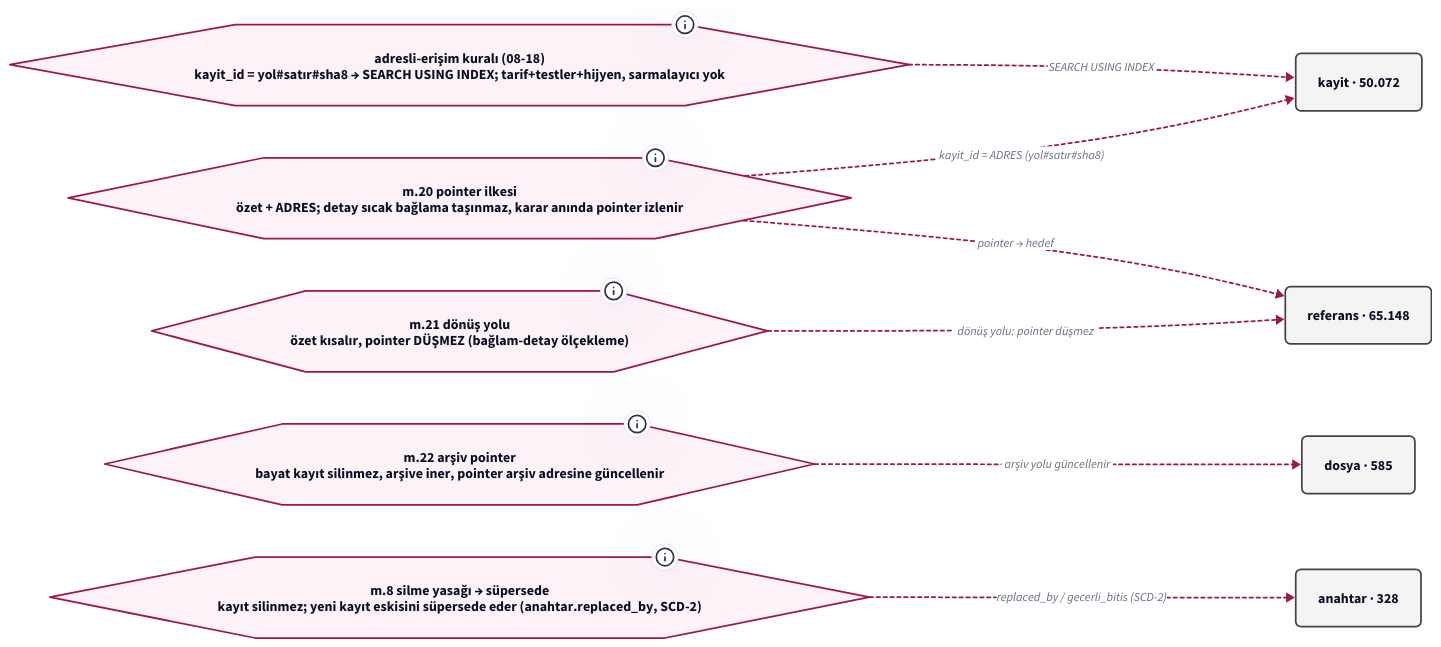
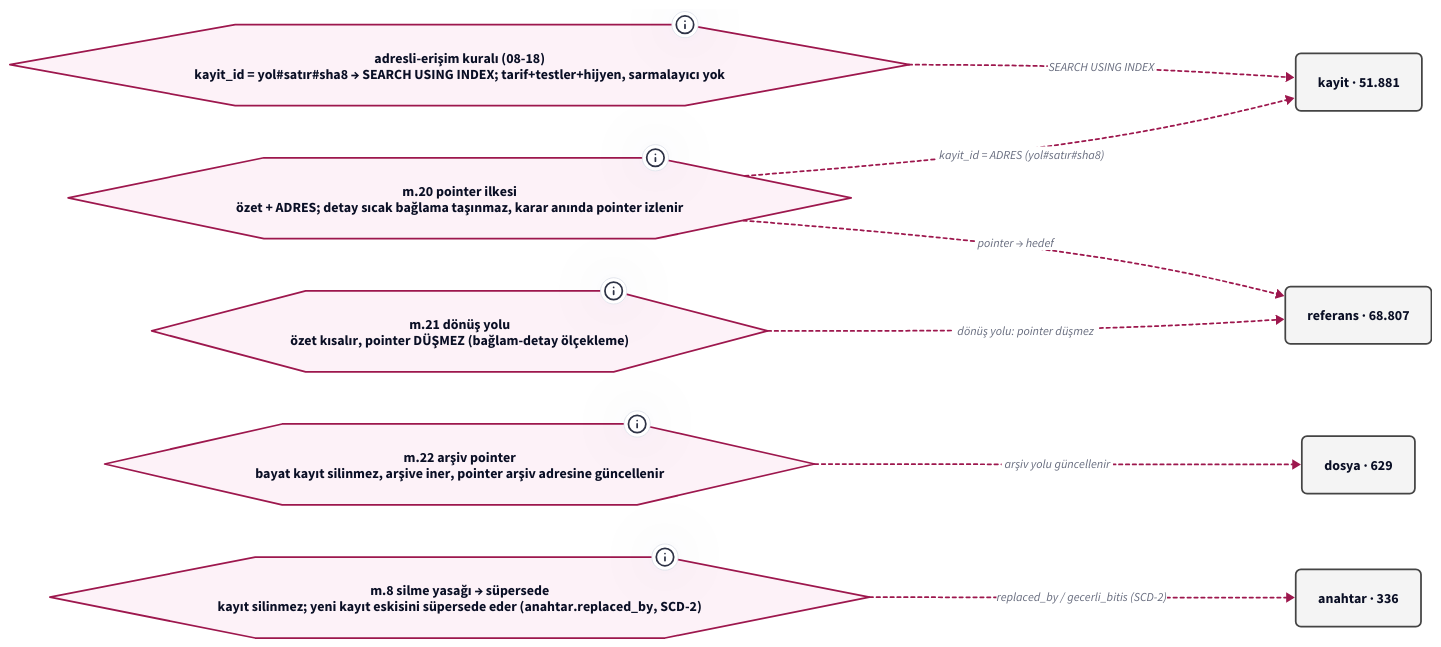
The diagram in graf/pointer-sistemi-v0-ilke.d2 (salihsahinin/sistem), drawn with D2 before and after one commit. The commit also changed 14 other files, not shown here.

```diff
--- a/graf/pointer-sistemi-v0-ilke.d2
+++ b/graf/pointer-sistemi-v0-ilke.d2
@@ -1,33 +1,33 @@
 # Jarvis POINTER SİSTEMİ — POINTER İLKESİ → MEKANİZMA (pano 3/4) (türetilmiş görünüm; ham kaynak silver/bronz)
-# üretici: tools/pointer-graf.py · silver 9e78140 · HEAD 2928f84 · d2 v0.8.1-HEAD · render: d2 --layout=elk (ELK bundled; TALA girmez; determinizm yerel sha256 ile ölçülür — Karar 65)
+# üretici: tools/pointer-graf.py · silver e309550 · HEAD e309550 · d2 v0.8.1-HEAD · render: d2 --layout=elk (ELK bundled; TALA girmez; determinizm yerel sha256 ile ölçülür — Karar 65)
 # içerik katmanı: düğüm/kenar = silver'dan script türetimi (LLM yazmaz); ilke/kronoloji = kanon SABİTİ (pointer'lı, script içinde); yorum katmanı = bu # satırları
 direction: right
 classes: {
   kutu: { style: { fill: "#F4F4F4"; stroke: "#444444"; font-size: 16; border-radius: 6 } }
   pointer: { style: { fill: "#E8F0FE"; stroke: "#1A56DB"; border-radius: 6 } }
   anahtar: { style: { fill: "#FFF4E5"; stroke: "#B45309"; border-radius: 6 } }
   hat: { style: { fill: "#ECFDF5"; stroke: "#047857"; bold: true; border-radius: 6 } }
   ilke: { shape: hexagon; style: { fill: "#FDF2F8"; stroke: "#9D174D" } }
   kron: { shape: page; style: { fill: "#FFFFFF"; stroke: "#6B7280" } }
   dis: { shape: cloud; style: { fill: "#FAFAFA"; stroke: "#9CA3AF" } }
   kirik: { style: { stroke: "#DC2626"; stroke-dash: 3; font-size: 14 } }
   supersede: { style: { stroke: "#B45309"; stroke-dash: 5 } }
   fk: { style: { stroke: "#444444"; font-size: 14 } }
   turetir: { style: { stroke: "#047857"; stroke-width: 3 } }
   uygular: { style: { stroke: "#9D174D"; stroke-dash: 2; font-size: 14 } }
 }
 adres: "adresli-erişim kuralı (08-18)\nkayit_id = yol#satır#sha8 → SEARCH USING INDEX; tarif+testler+hijyen, sarmalayıcı yok" { class: ilke; tooltip: "KILAVUZ.md tasarım-ilkeleri · kuyruk/senaryo-defteri.md Karar 62" }
 m20: "m.20 pointer ilkesi\nözet + ADRES; detay sıcak bağlama taşınmaz, karar anında pointer izlenir" { class: ilke; tooltip: "core/tuzuk-v0.md m.20 · wiki/pointer-sistemi.md" }
 m21: "m.21 dönüş yolu\nözet kısalır, pointer DÜŞMEZ (bağlam-detay ölçekleme)" { class: ilke; tooltip: "core/tuzuk-v0.md m.21" }
 m22: "m.22 arşiv pointer\nbayat kayıt silinmez, arşive iner, pointer arşiv adresine güncellenir" { class: ilke; tooltip: "core/tuzuk-v0.md m.22" }
 m8: "m.8 silme yasağı → süpersede\nkayıt silinmez; yeni kayıt eskisini süpersede eder (anahtar.replaced_by, SCD-2)" { class: ilke; tooltip: "core/tuzuk-v0.md m.8 · core/baglam-anahtar-kaydi.md §3" }
-kayit: "kayit · 50.072" { class: kutu }
-referans: "referans · 65.148" { class: kutu }
-dosya: "dosya · 585" { class: kutu }
-anahtar: "anahtar · 328" { class: kutu }
+kayit: "kayit · 51.881" { class: kutu }
+referans: "referans · 68.807" { class: kutu }
+dosya: "dosya · 629" { class: kutu }
+anahtar: "anahtar · 336" { class: kutu }
 adres -> kayit: "SEARCH USING INDEX" { class: uygular }
 m20 -> kayit: "kayit_id = ADRES (yol#satır#sha8)" { class: uygular }
 m20 -> referans: "pointer → hedef" { class: uygular }
 m21 -> referans: "dönüş yolu: pointer düşmez" { class: uygular }
 m22 -> dosya: "arşiv yolu güncellenir" { class: uygular }
 m8 -> anahtar: "replaced_by / gecerli_bitis (SCD-2)" { class: uygular }
```
